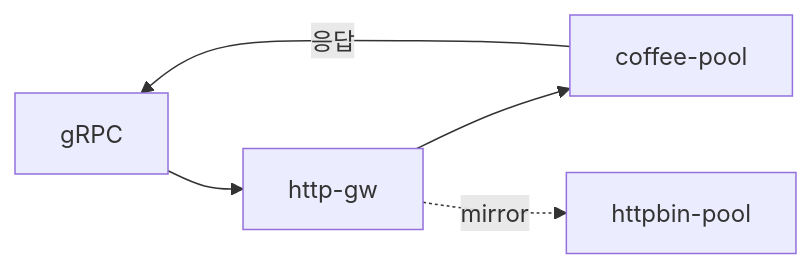
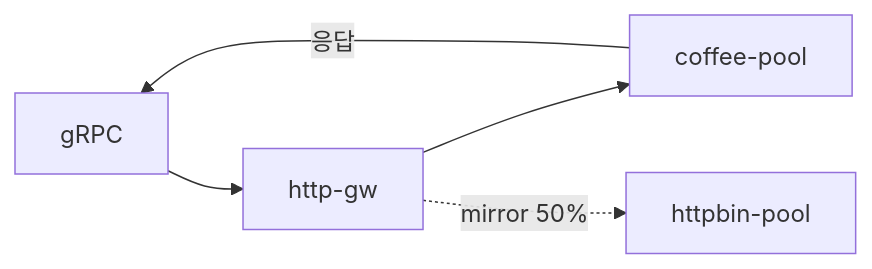
The diagram in Advanced_Feature/3.13_GRPCRoute_Mirror/README.md (mink0119/2609_f5bnk), drawn with Mermaid before and after one commit. The commit also changed other lines of this file and 138 other files, not shown here.

````diff
--- a/Advanced_Feature/3.13_GRPCRoute_Mirror/README.md
+++ b/Advanced_Feature/3.13_GRPCRoute_Mirror/README.md
@@ -5,7 +7,7 @@
 ```mermaid
 flowchart LR
   C[gRPC] --> GW[http-gw]
   GW --> P1[coffee-pool]
-  GW -.->|mirror| P3[httpbin-pool]
+  GW -.->|mirror 50%| P3[httpbin-pool]
   P1 -->|응답| C
 ```
````
